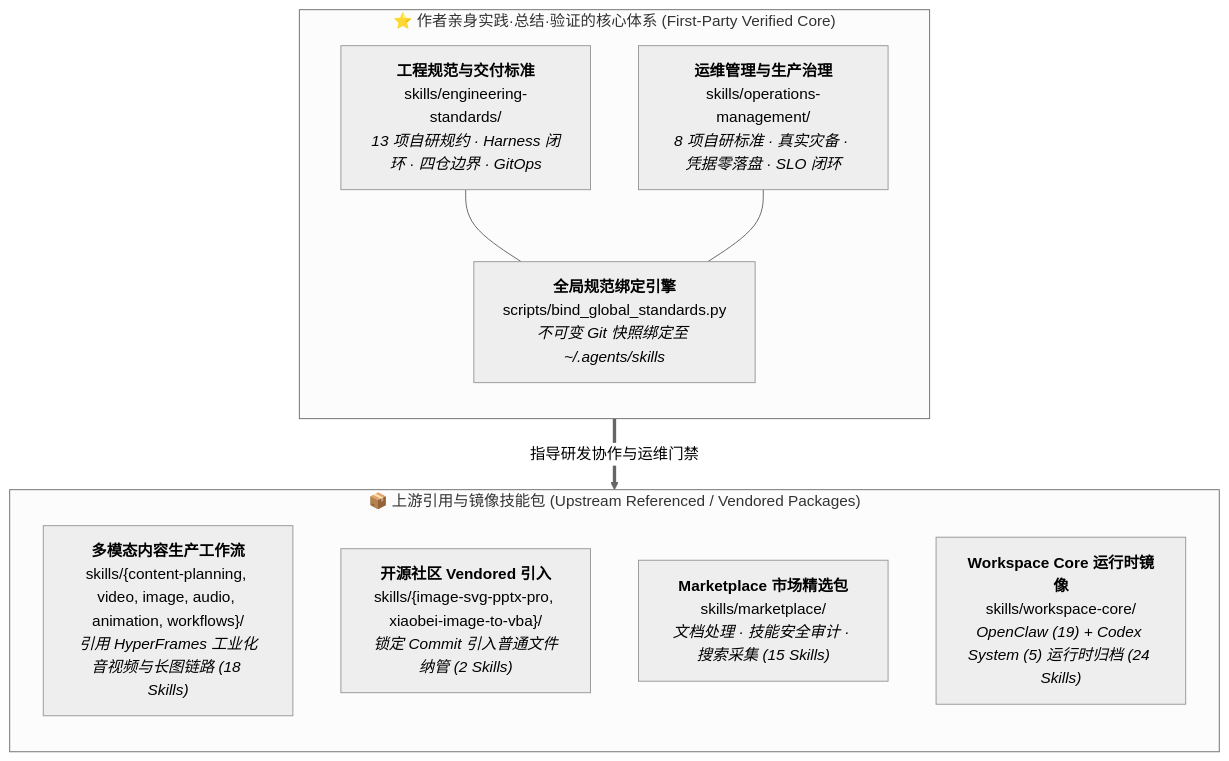
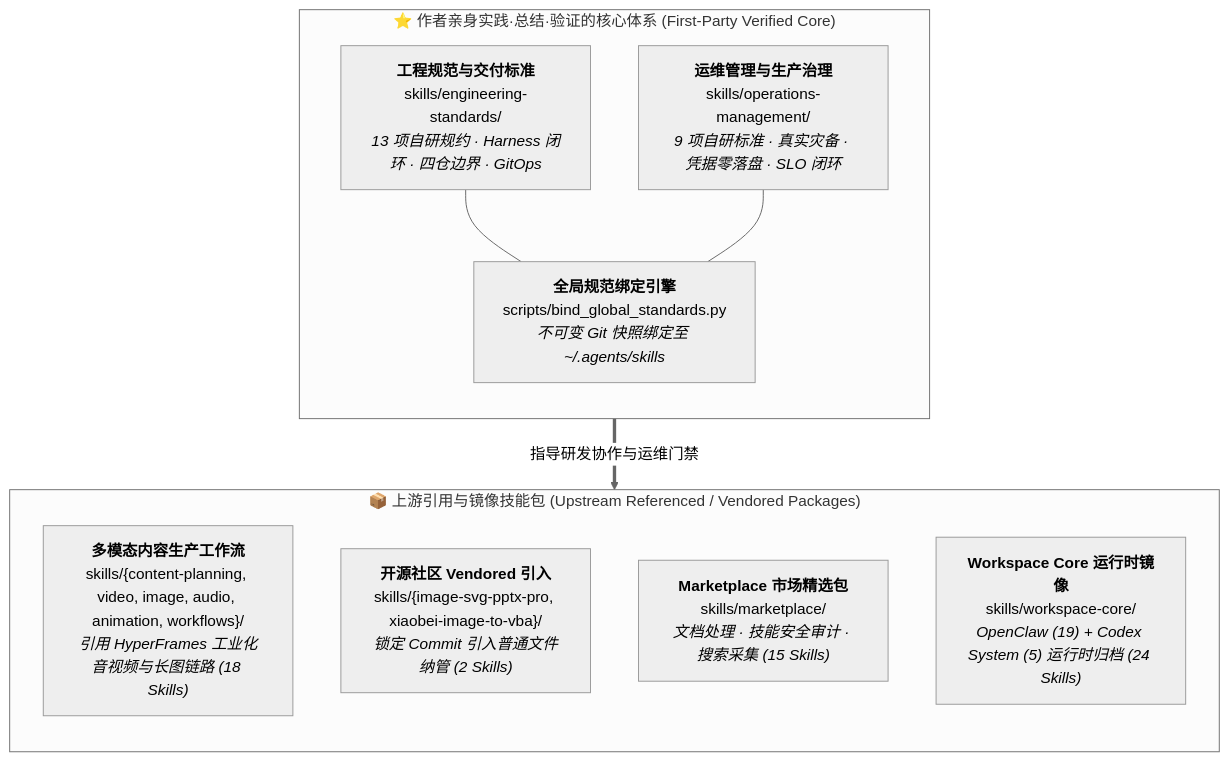
One commit to ai-workspace-lab/xworkspace-core-skills changed the diagram in README.md. Above: the diagram before and after it, drawn with Mermaid (neutral theme). The commit also changed other lines of this file and 7 other files, not shown here.

````diff
--- a/README.md
+++ b/README.md
@@ -23,21 +24,21 @@
 ```mermaid
 flowchart TD
     subgraph Core["⭐ 作者亲身实践·总结·验证的核心体系 (First-Party Verified Core)"]
         direction TB
         ENG["<b>工程规范与交付标准</b><br/>skills/engineering-standards/<br/><i>13 项自研规约 · Harness 闭环 · 四仓边界 · GitOps</i>"]
-        OPS["<b>运维管理与生产治理</b><br/>skills/operations-management/<br/><i>8 项自研标准 · 真实灾备 · 凭据零落盘 · SLO 闭环</i>"]
+        OPS["<b>运维管理与生产治理</b><br/>skills/operations-management/<br/><i>9 项自研标准 · 真实灾备 · 凭据零落盘 · SLO 闭环</i>"]
         TOOL["<b>全局规范绑定引擎</b><br/>scripts/bind_global_standards.py<br/><i>不可变 Git 快照绑定至 ~/.agents/skills</i>"]
         ENG --- TOOL
         OPS --- TOOL
     end
 
     subgraph Upstream["📦 上游引用与镜像技能包 (Upstream Referenced / Vendored Packages)"]
         direction TB
         CONTENT["<b>多模态内容生产工作流</b><br/>skills/{content-planning, video, image, audio, animation, workflows}/<br/><i>引用 HyperFrames 工业化音视频与长图链路 (18 Skills)</i>"]
         VENDORED["<b>开源社区 Vendored 引入</b><br/>skills/{image-svg-pptx-pro, xiaobei-image-to-vba}/<br/><i>锁定 Commit 引入普通文件纳管 (2 Skills)</i>"]
         MARKET["<b>Marketplace 市场精选包</b><br/>skills/marketplace/<br/><i>文档处理 · 技能安全审计 · 搜索采集 (15 Skills)</i>"]
         RUNTIME["<b>Workspace Core 运行时镜像</b><br/>skills/workspace-core/<br/><i>OpenClaw (19) + Codex System (5) 运行时归档 (24 Skills)</i>"]
     end
 
     Core ==>|指导研发协作与运维门禁| Upstream
 ```
````
